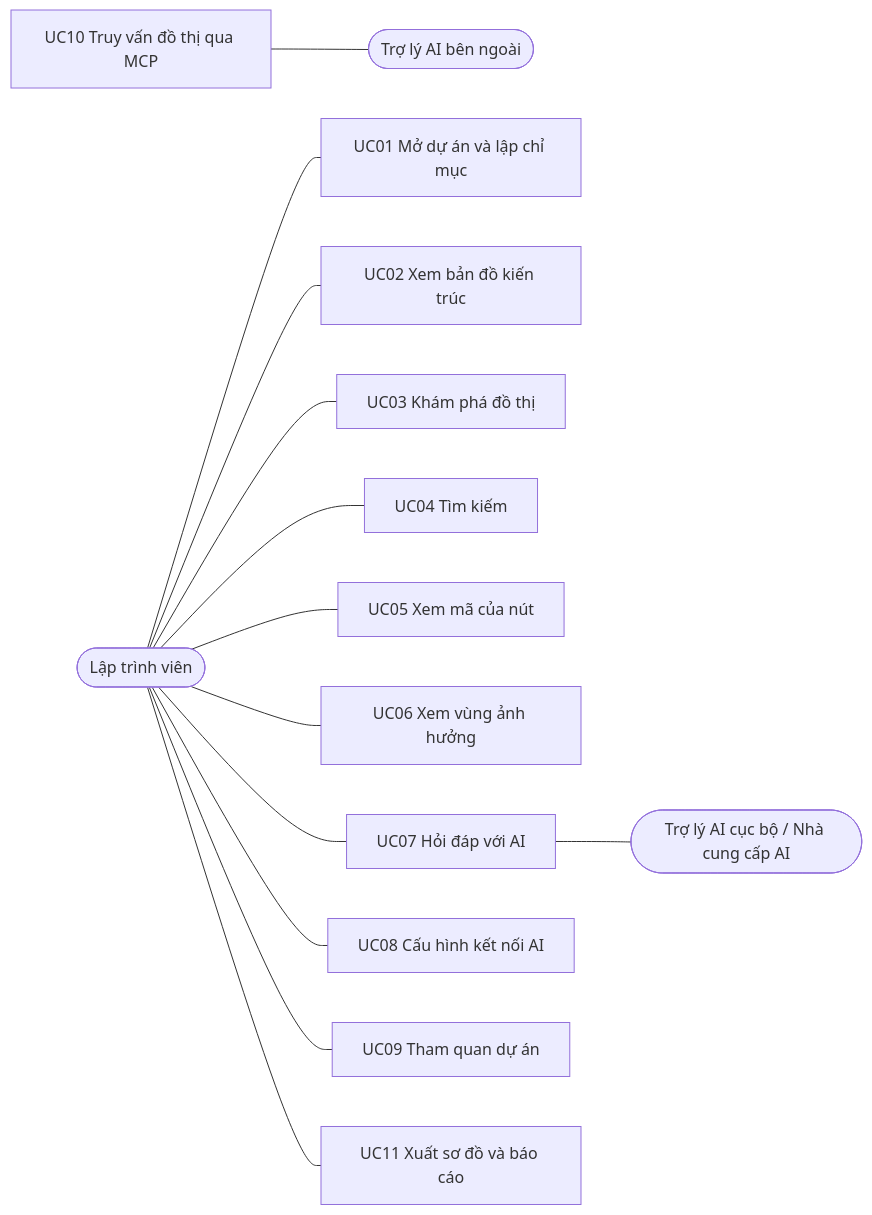
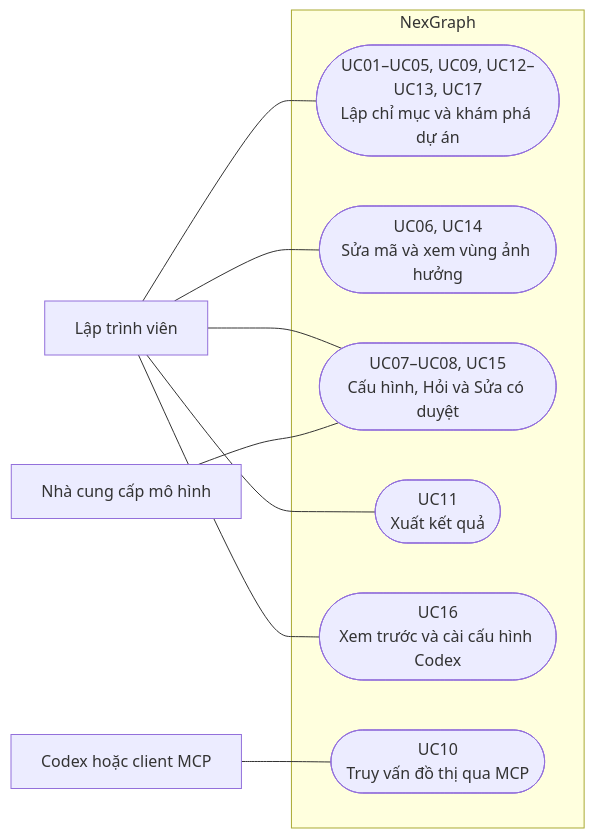
Before and after one commit to twotnguyen/nexgraph: the diagram in docs/srs/SRS.md, drawn with Mermaid. The commit also changed other lines of this file and 191 other files, not shown here.

````diff
--- a/docs/srs/SRS.md
+++ b/docs/srs/SRS.md
@@ -100,18 +48,21 @@
 ```mermaid
 flowchart LR
-  dev([Lập trình viên])
-  local([Trợ lý AI cục bộ / Nhà cung cấp AI])
-  ext([Trợ lý AI bên ngoài])
-  dev --- UC01[UC01 Mở dự án và lập chỉ mục]
-  dev --- UC02[UC02 Xem bản đồ kiến trúc]
-  dev --- UC03[UC03 Khám phá đồ thị]
-  dev --- UC04[UC04 Tìm kiếm]
-  dev --- UC05[UC05 Xem mã của nút]
-  dev --- UC06[UC06 Xem vùng ảnh hưởng]
-  dev --- UC07[UC07 Hỏi đáp với AI]
-  dev --- UC08[UC08 Cấu hình kết nối AI]
-  dev --- UC09[UC09 Tham quan dự án]
-  dev --- UC11[UC11 Xuất sơ đồ và báo cáo]
-  UC07 --- local
-  UC10[UC10 Truy vấn đồ thị qua MCP] --- ext
+    Developer["Lập trình viên"]
+    Provider["Nhà cung cấp mô hình"]
+    Client["Codex hoặc client MCP"]
+    subgraph NexGraph
+        Explore(["UC01–UC05, UC09, UC12–UC13, UC17<br/>Lập chỉ mục và khám phá dự án"])
+        Edit(["UC06, UC14<br/>Sửa mã và xem vùng ảnh hưởng"])
+        Agent(["UC07–UC08, UC15<br/>Cấu hình, Hỏi và Sửa có duyệt"])
+        Export(["UC11<br/>Xuất kết quả"])
+        Integrate(["UC16<br/>Xem trước và cài cấu hình Codex"])
+        MCP(["UC10<br/>Truy vấn đồ thị qua MCP"])
+    end
+    Developer --- Explore
+    Developer --- Edit
+    Developer --- Agent
+    Developer --- Export
+    Developer --- Integrate
+    Provider --- Agent
+    Client --- MCP
 ```
````
